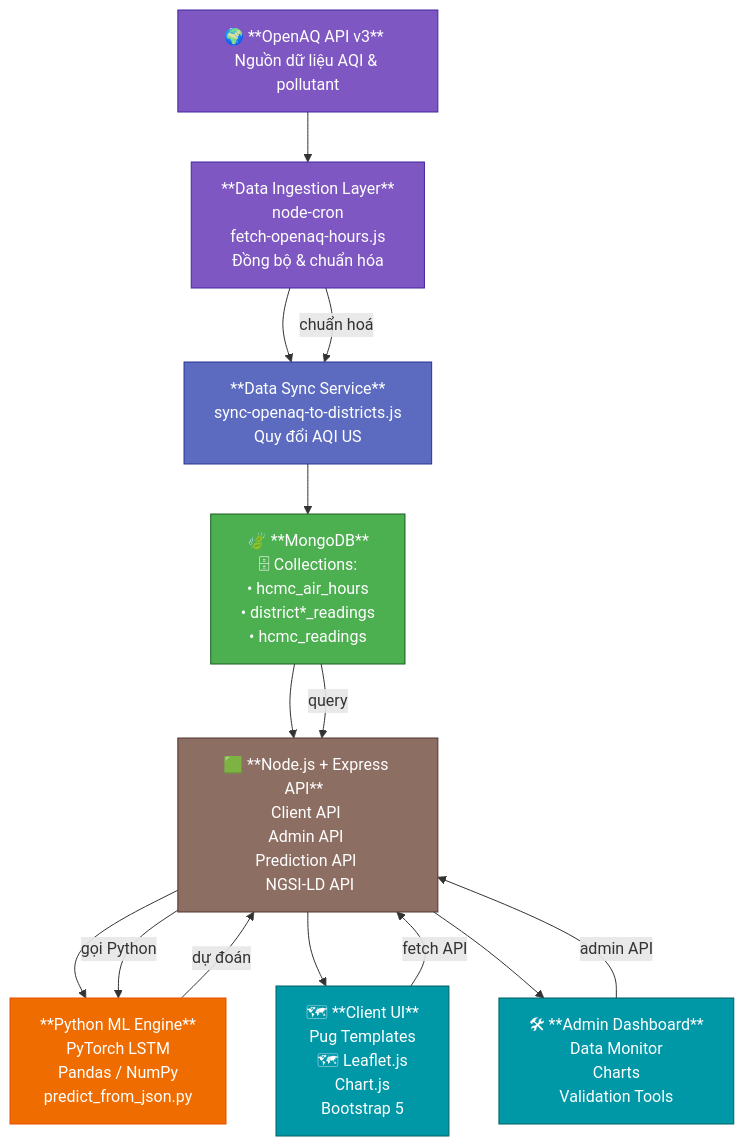
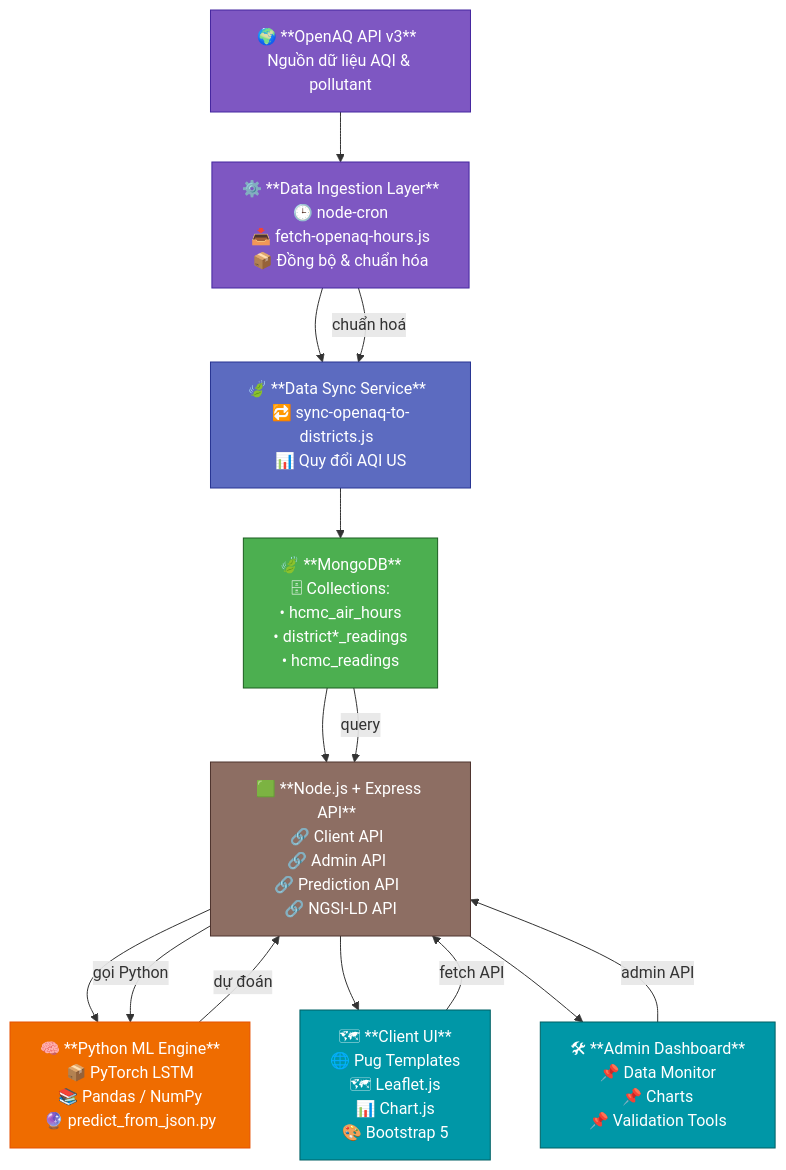
The diagram in profile/README.md (SIU-Sirocco-2025/.github), drawn with Mermaid before and after one commit. The commit also changed other lines of this file, not shown here.

````diff
--- a/profile/README.md
+++ b/profile/README.md
@@ -94,6 +94,5 @@
 ```mermaid
 flowchart TB
-
 %% --- STYLES ---
 classDef api fill:#1976d2,stroke:#0d47a1,stroke-width:1px,color:#fff
 classDef db fill:#4caf50,stroke:#1b5e20,stroke-width:1px,color:#fff
@@ -102,27 +101,22 @@
 classDef ingest fill:#7e57c2,stroke:#4527a0,stroke-width:1px,color:#fff
 classDef node fill:#8d6e63,stroke:#4e342e,stroke-width:1px,color:#fff
 classDef service fill:#5c6bc0,stroke:#283593,stroke-width:1px,color:#fff
-
 %% --- NODES ---
-
 A["
 🌍 **OpenAQ API v3**  
 Nguồn dữ liệu AQI & pollutant
 "]:::ingest
-
 B["
- **Data Ingestion Layer**  
- node-cron  
- fetch-openaq-hours.js  
- Đồng bộ & chuẩn hóa
+⚙️ **Data Ingestion Layer**  
+🕒 node-cron  
+📥 fetch-openaq-hours.js  
+📦 Đồng bộ & chuẩn hóa
 "]:::ingest
-
 C["
- **Data Sync Service**  
- sync-openaq-to-districts.js  
- Quy đổi AQI US  
+🍃 **Data Sync Service**  
+🔁 sync-openaq-to-districts.js  
+📊 Quy đổi AQI US  
 "]:::service
-
 D["
 🍃 **MongoDB**  
 🗄 Collections:  
@@ -130,39 +124,33 @@
 • district*_readings  
 • hcmc_readings  
 "]:::db
-
 E["
 🟩 **Node.js + Express API**  
- Client API  
- Admin API  
- Prediction API  
- NGSI-LD API  
+🔗 Client API  
+🔗 Admin API  
+🔗 Prediction API  
+🔗 NGSI-LD API  
 "]:::node
-
 F["
- **Python ML Engine**  
- PyTorch LSTM  
- Pandas / NumPy  
- predict_from_json.py  
+🧠 **Python ML Engine**  
+📦 PyTorch LSTM  
+📚 Pandas / NumPy  
+🔮 predict_from_json.py  
 "]:::py
-
 G["
 🗺 **Client UI**  
- Pug Templates  
+🌐 Pug Templates  
 🗺 Leaflet.js  
- Chart.js  
- Bootstrap 5  
+📊 Chart.js  
+🎨 Bootstrap 5  
 "]:::front
-
 H["
 🛠 **Admin Dashboard**  
- Data Monitor  
- Charts  
- Validation Tools  
+📌 Data Monitor  
+📌 Charts  
+📌 Validation Tools  
 "]:::front
-
 %% --- CONNECTIONS ---
-
 A --> B
 B --> C
 C --> D
@@ -170,7 +158,6 @@
 E --> F
 E --> G
 E --> H
-
 %% --- LABELS ---
 B -- chuẩn hoá --> C
 D -- query --> E
````
